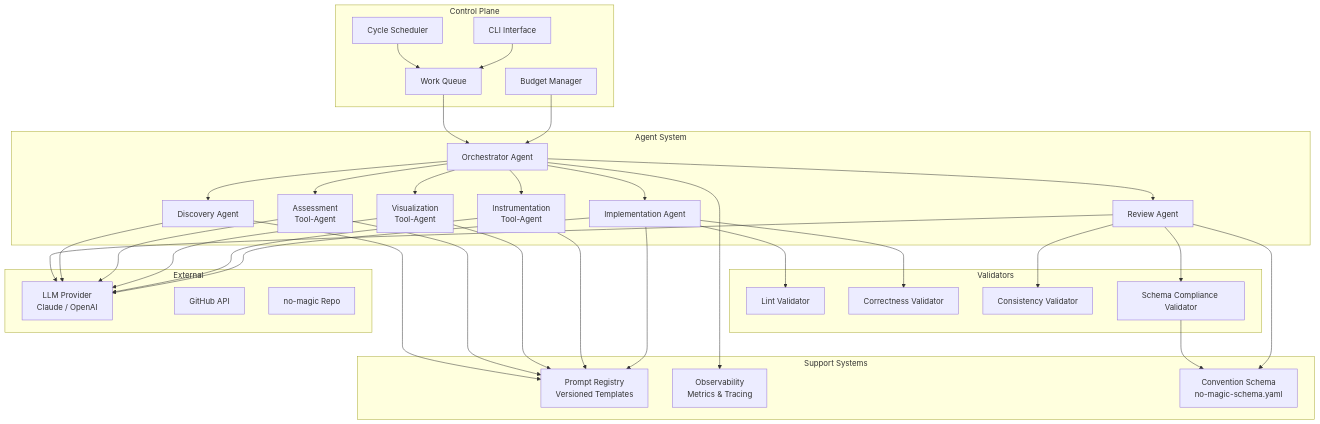
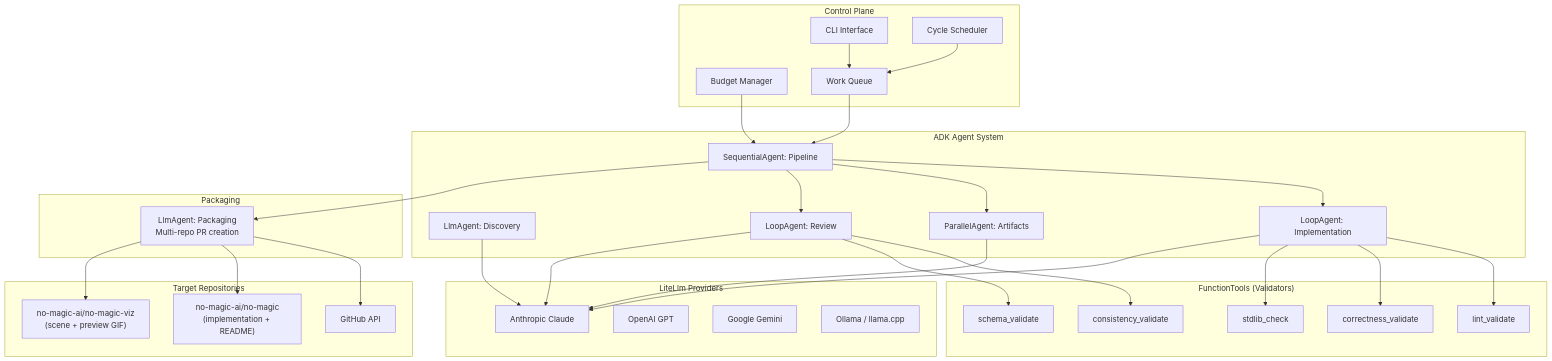
Before and after one commit to no-magic-ai/apprentice: the second of 7 diagrams in docs/system-design.md, drawn with Mermaid. The commit also changed other lines of this file, not shown here.

````diff
--- a/docs/system-design.md
+++ b/docs/system-design.md
@@ -171,73 +179,67 @@
 ```mermaid
 graph TB
     subgraph Control Plane
         CLI[CLI Interface]
         Scheduler[Cycle Scheduler]
         Budget[Budget Manager]
         Queue[Work Queue]
     end
 
-    subgraph Agent System
-        Orch[Orchestrator Agent]
-        DiscAgent[Discovery Agent]
-        ImplAgent[Implementation Agent]
-        InstrAgent[Instrumentation<br/>Tool-Agent]
-        VizAgent[Visualization<br/>Tool-Agent]
-        AssessAgent[Assessment<br/>Tool-Agent]
-        RevAgent[Review Agent]
+    subgraph "ADK Agent System"
+        Pipeline["SequentialAgent: Pipeline"]
+        DiscAgent["LlmAgent: Discovery"]
+        ImplLoop["LoopAgent: Implementation"]
+        ParAgent["ParallelAgent: Artifacts"]
+        RevLoop["LoopAgent: Review"]
     end
 
-    subgraph Validators
-        LintVal[Lint Validator]
-        CorrectVal[Correctness Validator]
-        ConsistVal[Consistency Validator]
-        SchemaVal[Schema Compliance Validator]
+    subgraph "FunctionTools (Validators)"
+        LintVal[lint_validate]
+        CorrectVal[correctness_validate]
+        ConsistVal[consistency_validate]
+        SchemaVal[schema_validate]
+        StdlibVal[stdlib_check]
     end
 
-    subgraph Support Systems
-        Prompts[Prompt Registry<br/>Versioned Templates]
-        Observability[Observability<br/>Metrics & Tracing]
-        ConventionSchema[Convention Schema<br/>no-magic-schema.yaml]
+    subgraph "LiteLlm Providers"
+        Claude[Anthropic Claude]
+        GPT[OpenAI GPT]
+        Gemini[Google Gemini]
+        Local[Ollama / llama.cpp]
     end
 
-    subgraph External
-        LLM[LLM Provider<br/>Claude / OpenAI]
+    subgraph "Packaging"
+        PkgAgent["LlmAgent: Packaging<br/>Multi-repo PR creation"]
+    end
+
+    subgraph "Target Repositories"
+        NoMagic["no-magic-ai/no-magic<br/>(implementation + README)"]
+        NoMagicViz["no-magic-ai/no-magic-viz<br/>(scene + preview GIF)"]
         GitHub[GitHub API]
-        NoMagic[no-magic Repo]
     end
 
     CLI --> Queue
     Scheduler --> Queue
-    Budget --> Orch
+    Budget --> Pipeline
 
-    Queue --> Orch
-    Orch --> DiscAgent
-    Orch --> ImplAgent
-    Orch --> InstrAgent
-    Orch --> VizAgent
-    Orch --> AssessAgent
-    Orch --> RevAgent
+    Queue --> Pipeline
+    Pipeline --> ImplLoop
+    Pipeline --> ParAgent
+    Pipeline --> RevLoop
+    Pipeline --> PkgAgent
 
-    ImplAgent --> LintVal
-    ImplAgent --> CorrectVal
-    RevAgent --> ConsistVal
-    RevAgent --> SchemaVal
+    ImplLoop --> LintVal
+    ImplLoop --> CorrectVal
+    ImplLoop --> StdlibVal
+    RevLoop --> ConsistVal
+    RevLoop --> SchemaVal
 
-    ImplAgent --> LLM
-    InstrAgent --> LLM
-    VizAgent --> LLM
-    AssessAgent --> LLM
-    DiscAgent --> LLM
-    RevAgent --> LLM
+    ImplLoop --> Claude
+    ParAgent --> Claude
+    RevLoop --> Claude
+    DiscAgent --> Claude
 
-    ImplAgent --> Prompts
-    InstrAgent --> Prompts
-    VizAgent --> Prompts
-    AssessAgent --> Prompts
-    DiscAgent --> Prompts
-
-    RevAgent --> ConventionSchema
-    SchemaVal --> ConventionSchema
-
-    Orch --> Observability
+    PkgAgent --> GitHub
+    PkgAgent --> NoMagic
+    PkgAgent --> NoMagicViz
 ```
````
